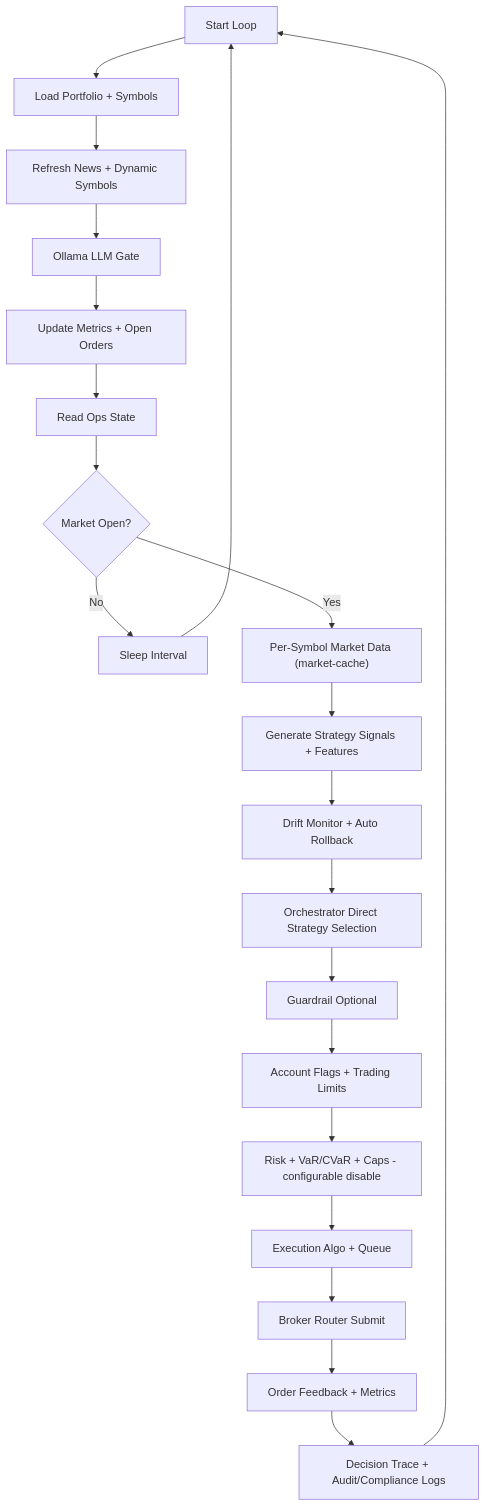
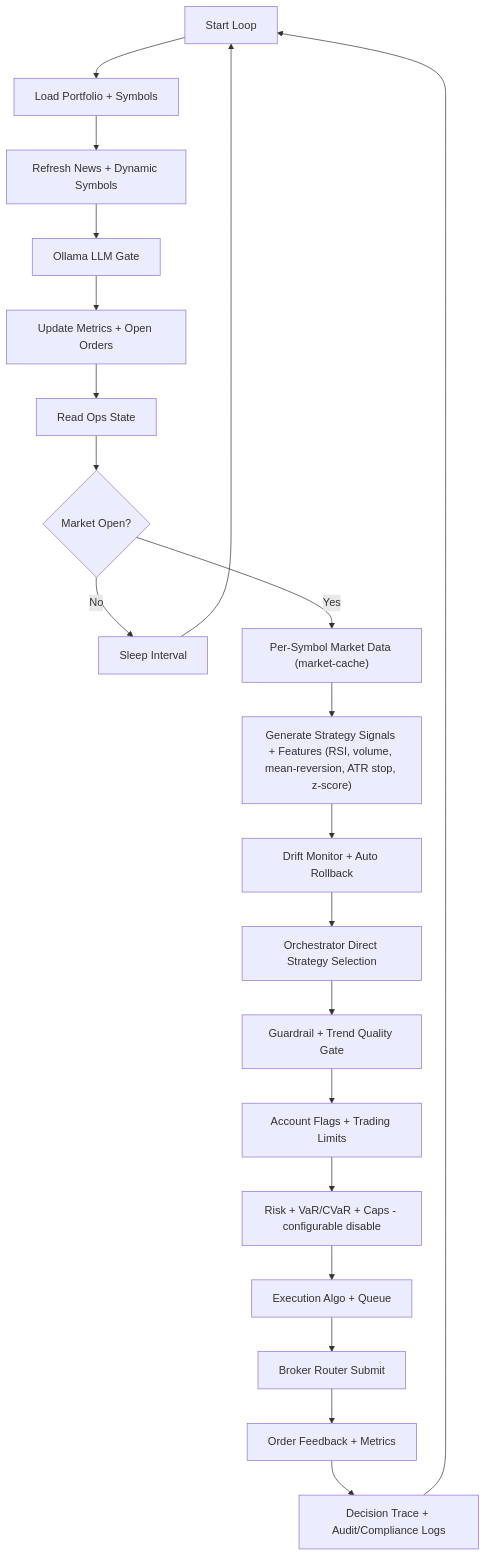
The first of 5 diagrams in docs/flow_trading_agent.md (ilfrick/Fricktrade), drawn with Mermaid before and after one commit. The commit also changed 9 other files, not shown here.

First line of the commit message:
docs: align documentation and diagrams with strategy upgrades

````diff
--- a/docs/flow_trading_agent.md
+++ b/docs/flow_trading_agent.md
@@ -10,23 +10,23 @@
 ```mermaid
 flowchart TD
     A[Start Loop] --> B[Load Portfolio + Symbols]
     B --> C[Refresh News + Dynamic Symbols]
     C --> Ollama[Ollama LLM Gate]
     Ollama --> D[Update Metrics + Open Orders]
     D --> E[Read Ops State]
     E --> F{Market Open?}
     F -- No --> G[Sleep Interval]
     G --> A
     F -- Yes --> H["Per-Symbol Market Data (market-cache)"]
-    H --> I[Generate Strategy Signals + Features]
+    H --> I["Generate Strategy Signals + Features (RSI, volume, mean-reversion, ATR stop, z-score)"]
     I --> J[Drift Monitor + Auto Rollback]
     J --> K[Orchestrator Direct Strategy Selection]
-    K --> L[Guardrail Optional]
+    K --> L[Guardrail + Trend Quality Gate]
     L --> AccountFlags[Account Flags + Trading Limits]
     AccountFlags --> M["Risk + VaR/CVaR + Caps - configurable disable"]
     M --> N[Execution Algo + Queue]
     N --> O[Broker Router Submit]
     O --> P[Order Feedback + Metrics]
     P --> Q[Decision Trace + Audit/Compliance Logs]
     Q --> A
 ```
````
